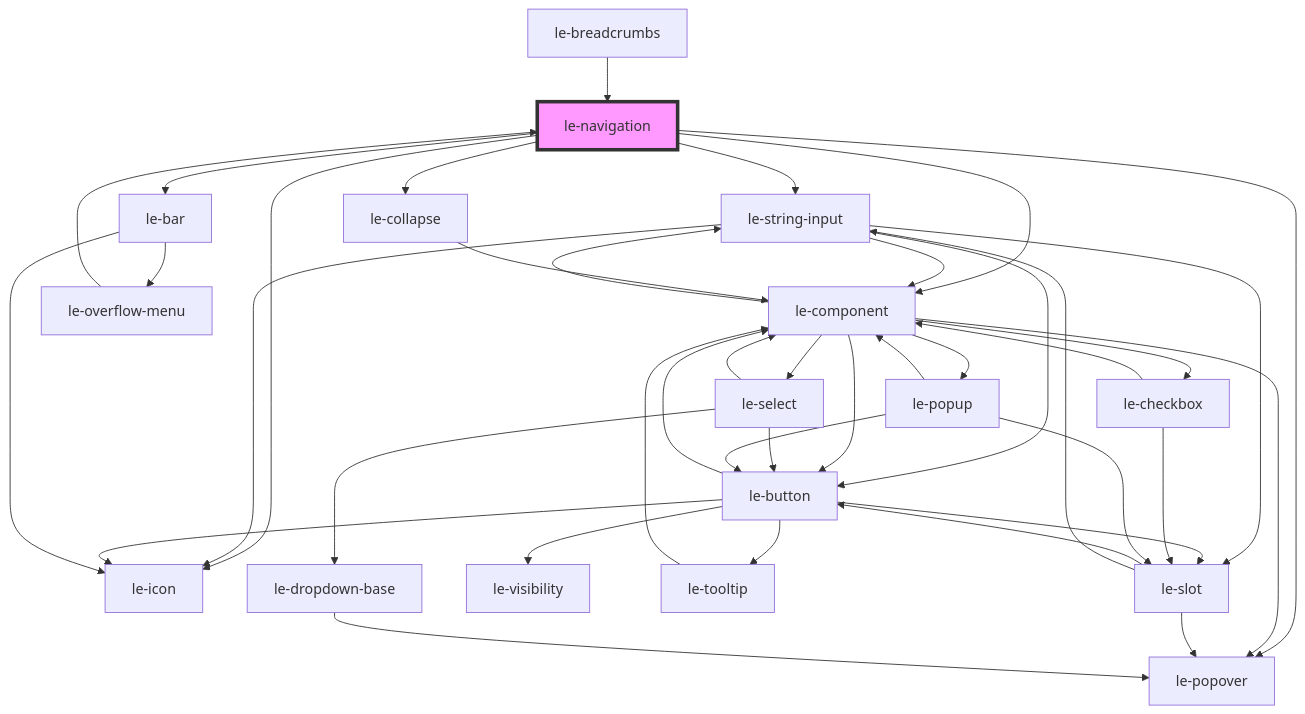
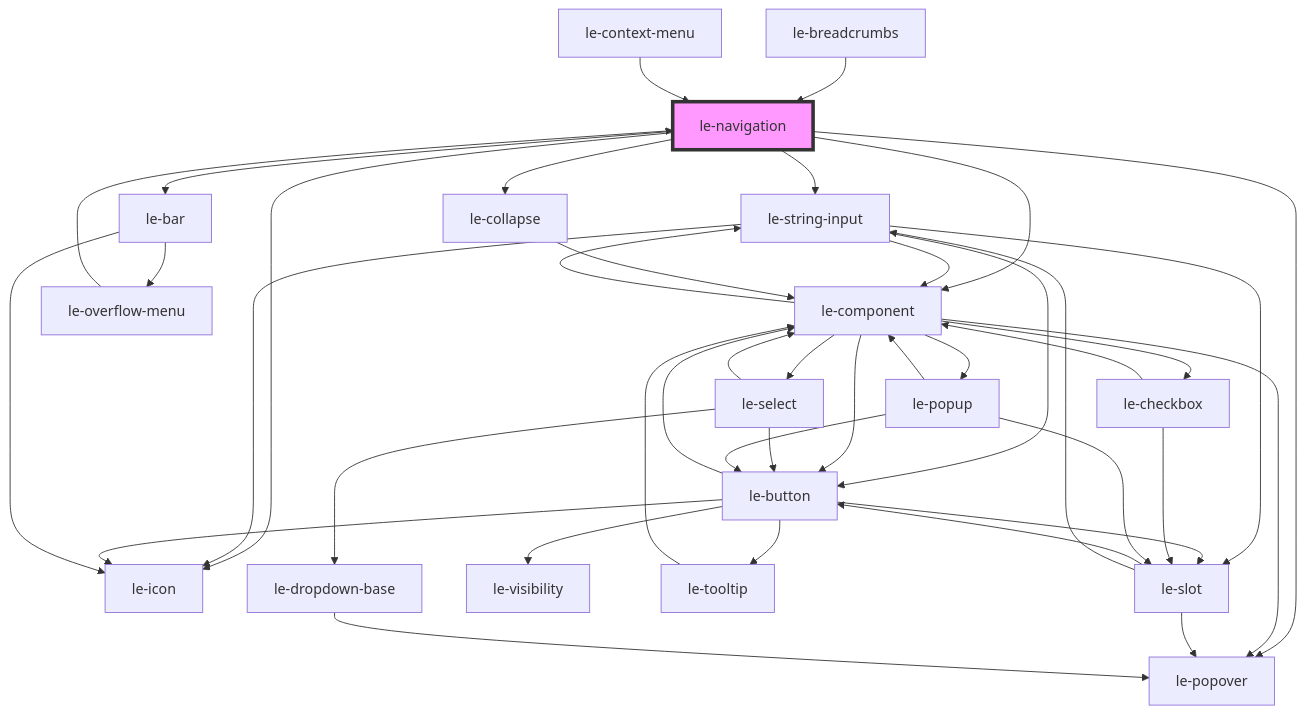
Before and after one commit to leechy/le-kit: the diagram in packages/core/src/components/le-navigation/readme.md, drawn with Mermaid. The commit also changed other lines of this file and 10 other files, not shown here.

````diff
--- a/packages/core/src/components/le-navigation/readme.md
+++ b/packages/core/src/components/le-navigation/readme.md
@@ -90,43 +91,44 @@
 ```mermaid
 graph TD;
+  le-navigation --> le-icon
   le-navigation --> le-string-input
-  le-navigation --> le-icon
   le-navigation --> le-collapse
   le-navigation --> le-popover
   le-navigation --> le-bar
   le-navigation --> le-component
   le-string-input --> le-component
   le-string-input --> le-button
   le-string-input --> le-icon
   le-string-input --> le-slot
   le-component --> le-button
   le-component --> le-select
   le-component --> le-checkbox
   le-component --> le-string-input
   le-component --> le-popover
   le-component --> le-popup
   le-button --> le-icon
   le-button --> le-visibility
   le-button --> le-slot
   le-button --> le-component
   le-button --> le-tooltip
   le-slot --> le-popover
   le-slot --> le-button
   le-slot --> le-string-input
   le-tooltip --> le-component
   le-select --> le-component
   le-select --> le-dropdown-base
   le-select --> le-button
   le-dropdown-base --> le-popover
   le-checkbox --> le-component
   le-checkbox --> le-slot
   le-popup --> le-slot
   le-popup --> le-button
   le-popup --> le-component
   le-collapse --> le-component
   le-bar --> le-icon
   le-bar --> le-overflow-menu
   le-overflow-menu --> le-navigation
   le-breadcrumbs --> le-navigation
+  le-context-menu --> le-navigation
   style le-navigation fill:#f9f,stroke:#333,stroke-width:4px
 ```
````
